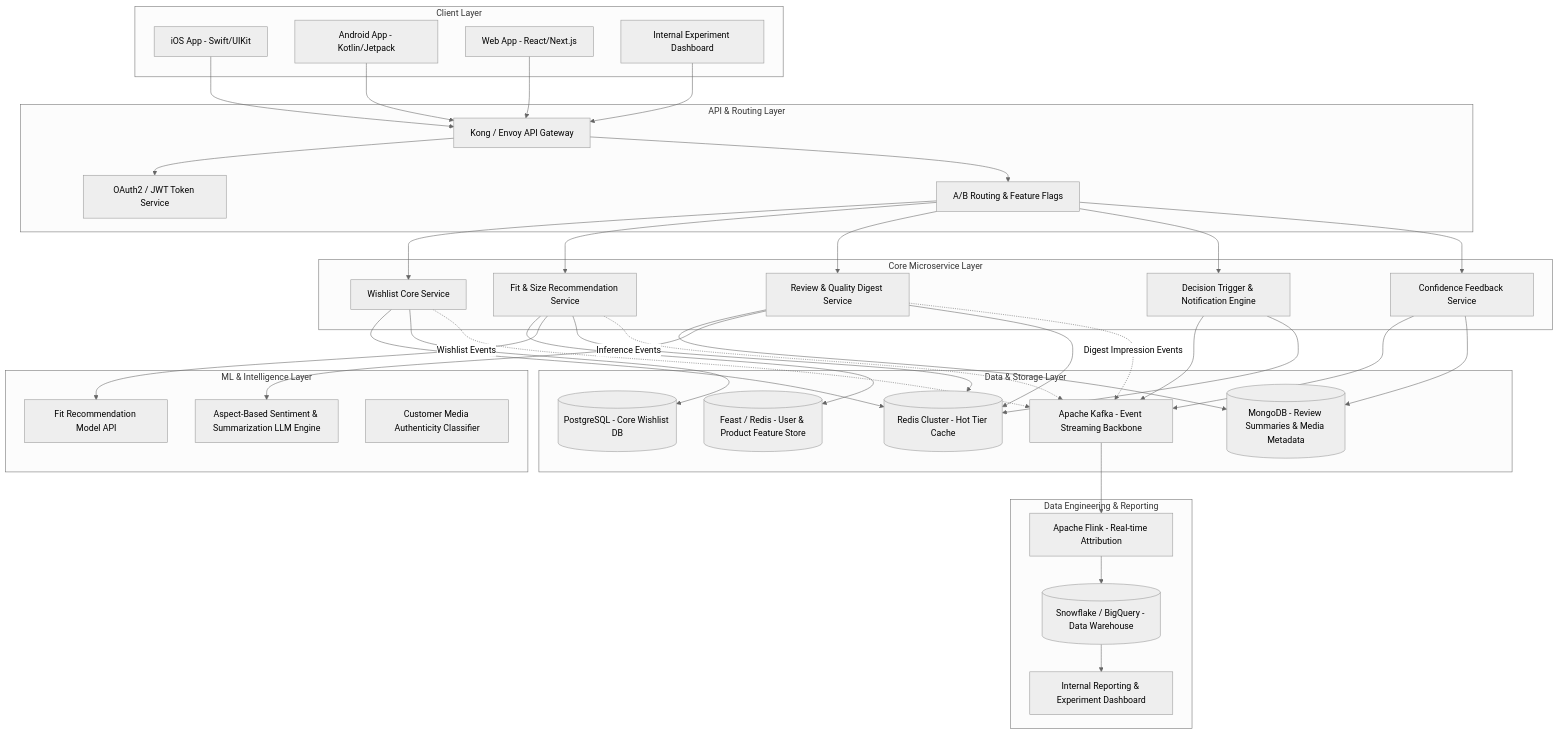
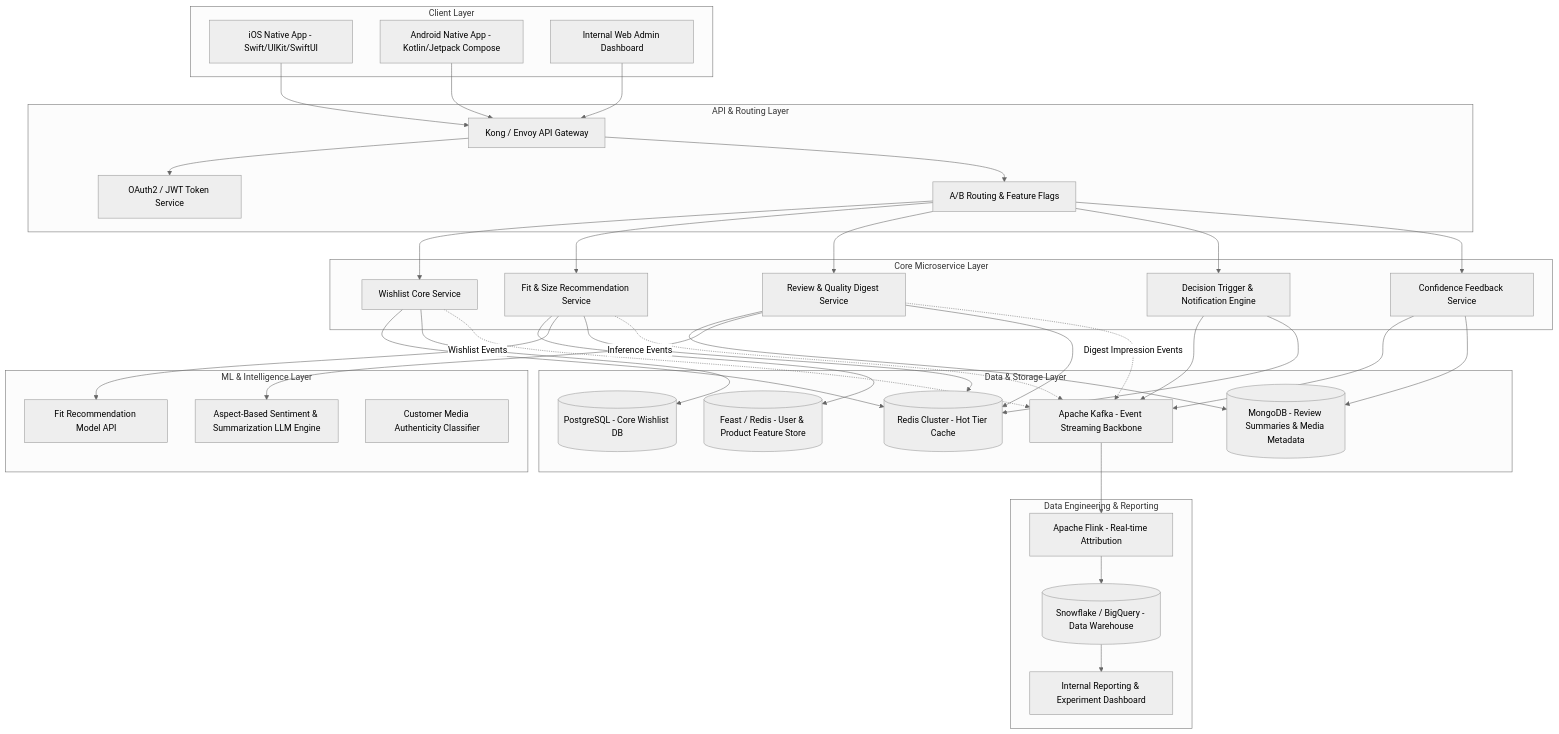
One commit to anni-git1990/wishlist-to-purchase-mvp changed the first of 5 diagrams in architecture.md. Above: the diagram before and after it, drawn with Mermaid (neutral theme). The commit also changed other lines of this file and 71 other files, not shown here.

````diff
--- a/architecture.md
+++ b/architecture.md
@@ -43,10 +43,9 @@
 ```mermaid
 graph TB
     subgraph Client Surfaces [Client Layer]
-        iOS[iOS App - Swift/UIKit]
-        Android[Android App - Kotlin/Jetpack]
-        Web[Web App - React/Next.js]
-        Dash[Internal Experiment Dashboard]
+        iOS[iOS Native App - Swift/UIKit/SwiftUI]
+        Android[Android Native App - Kotlin/Jetpack Compose]
+        Dash[Internal Web Admin Dashboard]
     end
 
     subgraph Gateway [API & Routing Layer]
@@ -86,7 +85,6 @@
     %% Routing
     iOS --> APIGW
     Android --> APIGW
-    Web --> APIGW
     Dash --> APIGW
 
     APIGW --> AuthService
````
